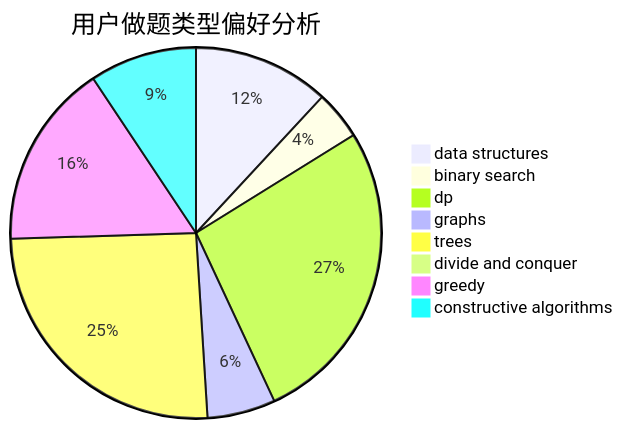
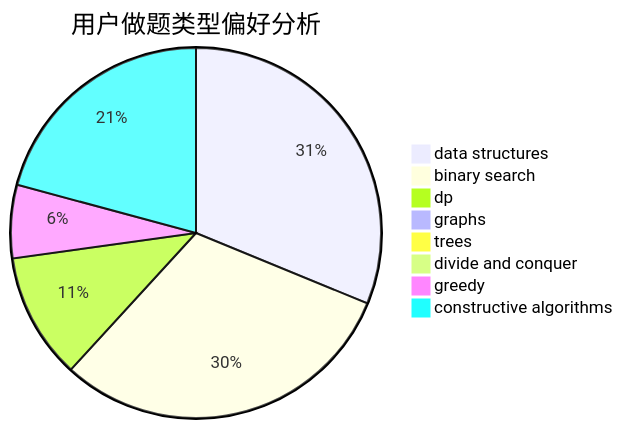
The second of 3 diagrams in docs/user/u1293.md (sherpahu/cfrs.github.io), drawn with Mermaid before and after one commit. The commit also changed other lines of this file and 2770 other files, not shown here.

````diff
--- a/docs/user/u1293.md
+++ b/docs/user/u1293.md
@@ -23,11 +23,11 @@
 ```mermaid
 pie title 用户做题类型偏好分析
-    "data structures" :  42
-    "binary search" :  15
-    "dp" :  95
-    "graphs" :  21
-    "trees" :  90
+    "data structures" :  156
+    "binary search" :  153
+    "dp" :  55
+    "graphs" :  0
+    "trees" :  3
     "divide and conquer" :  0
-    "greedy" :  57
-    "constructive algorithms" :  33
+    "greedy" :  32
+    "constructive algorithms" :  104
 ```
````
